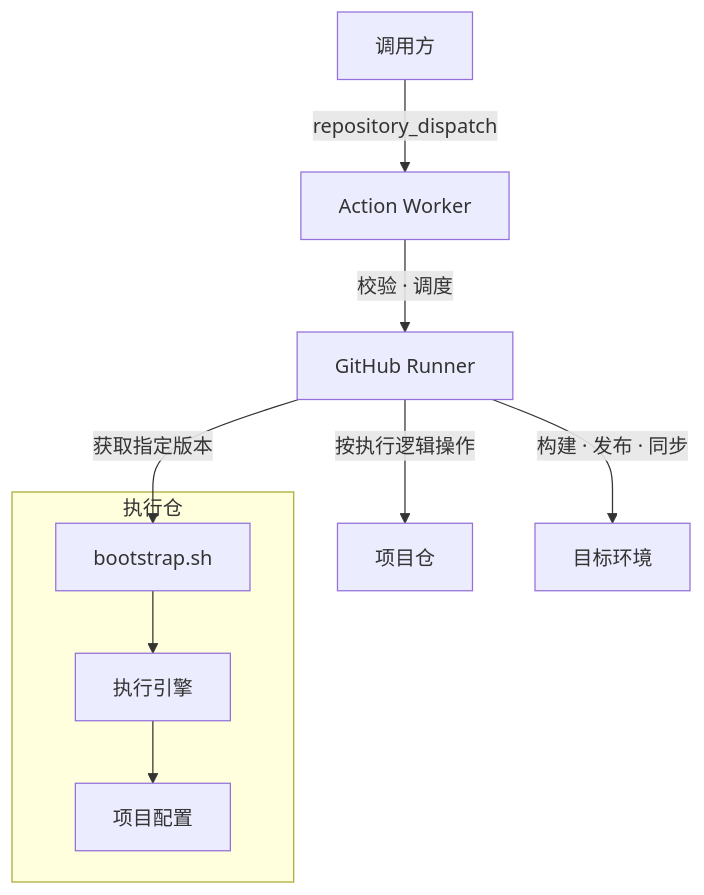
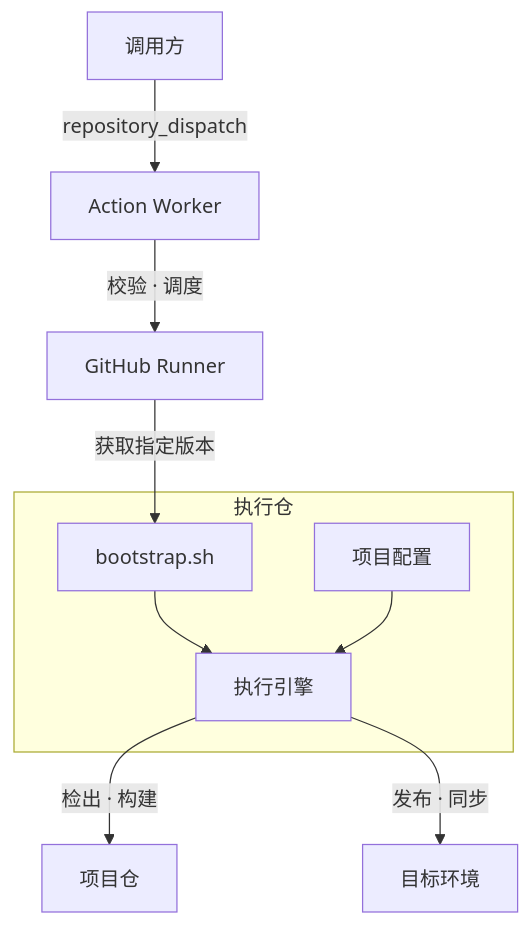
Before and after one commit to fongap/action-worker: the diagram in README.md, drawn with Mermaid. The commit also changed other lines of this file, not shown here.

````diff
--- a/README.md
+++ b/README.md
@@ -10,25 +10,25 @@
 ```mermaid
 flowchart TB
     A[调用方]
     B[Action Worker]
     C[GitHub Runner]
 
     subgraph R["执行仓"]
         D[bootstrap.sh]
         E[执行引擎]
         F[项目配置]
     end
 
     G[项目仓]
     H[目标环境]
 
     A -->|repository_dispatch| B
     B -->|校验 · 调度| C
+    C -->|获取指定版本| D
 
-    C -->|获取指定版本| D
     D --> E
-    E --> F
+    F --> E
 
-    C -->|按执行逻辑操作| G
-    C -->|构建 · 发布 · 同步| H
+    E -->|检出 · 构建| G
+    E -->|发布 · 同步| H
 ```
````
